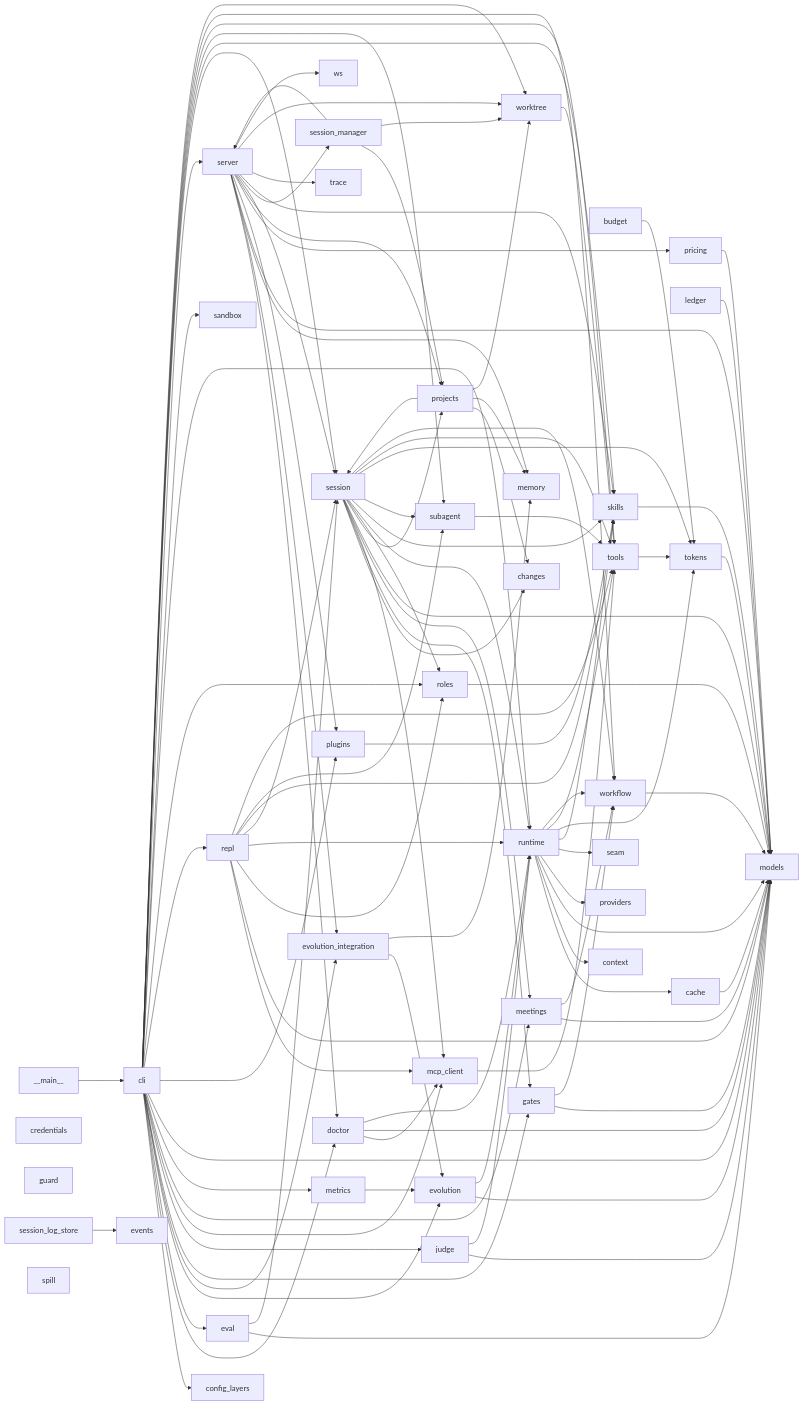
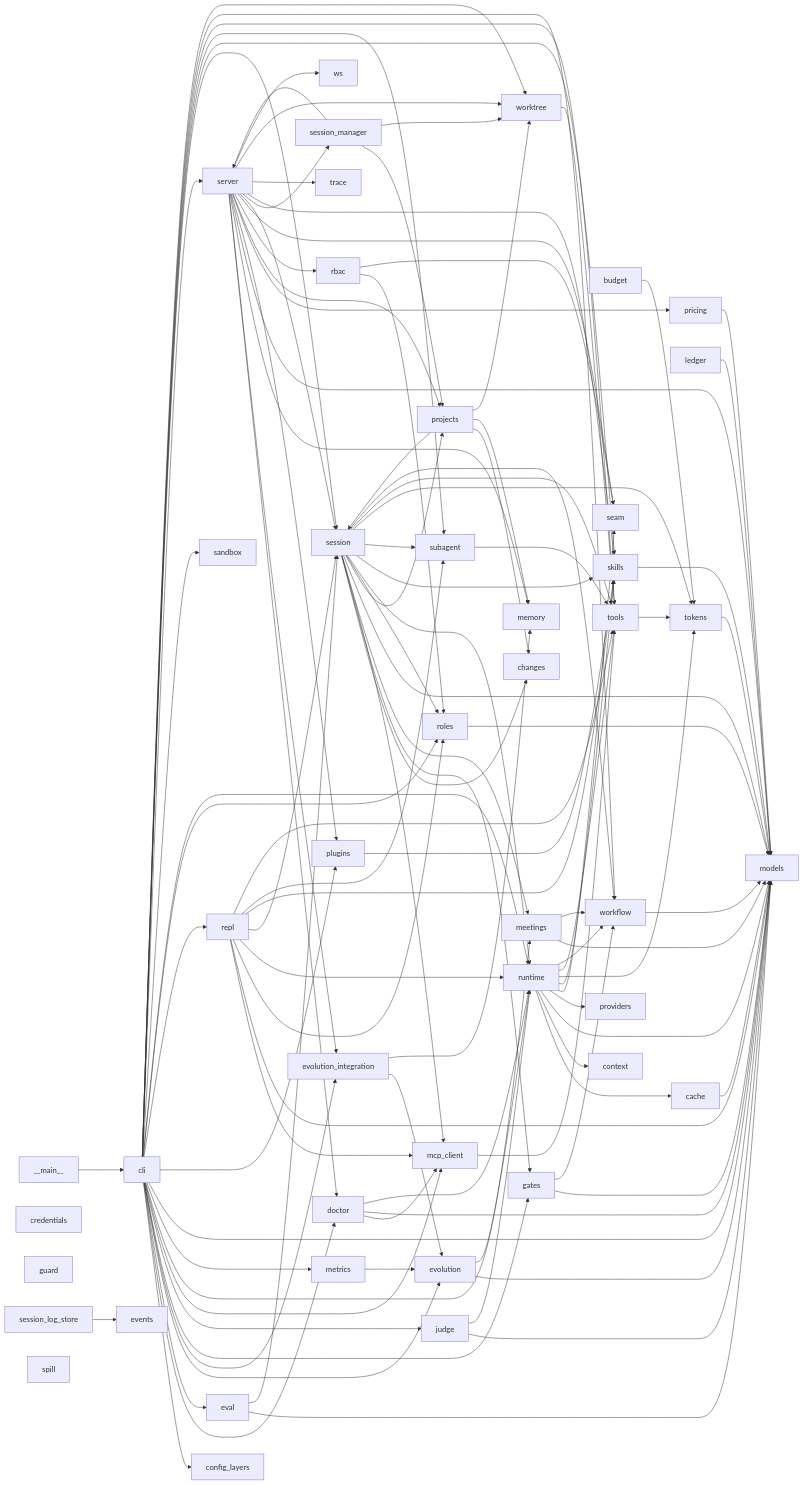
Before and after one commit to Natsummerance/agent-cluster-runtime: the diagram in docs/module-graph.md, drawn with Mermaid. The commit also changed 10 other files, not shown here.

```diff
--- a/docs/module-graph.md
+++ b/docs/module-graph.md
@@ -30,6 +30,7 @@
     pricing[pricing]
     projects[projects]
     providers[providers]
+    rbac[rbac]
     repl[repl]
     roles[roles]
     runtime[runtime]
@@ -98,6 +99,8 @@
     projects --> memory
     projects --> session
     projects --> worktree
+    rbac --> roles
+    rbac --> seam
     repl --> mcp_client
     repl --> models
     repl --> roles
@@ -123,6 +126,8 @@
     server --> plugins
     server --> pricing
     server --> projects
+    server --> rbac
+    server --> seam
     server --> session
     server --> session_manager
     server --> skills
```
